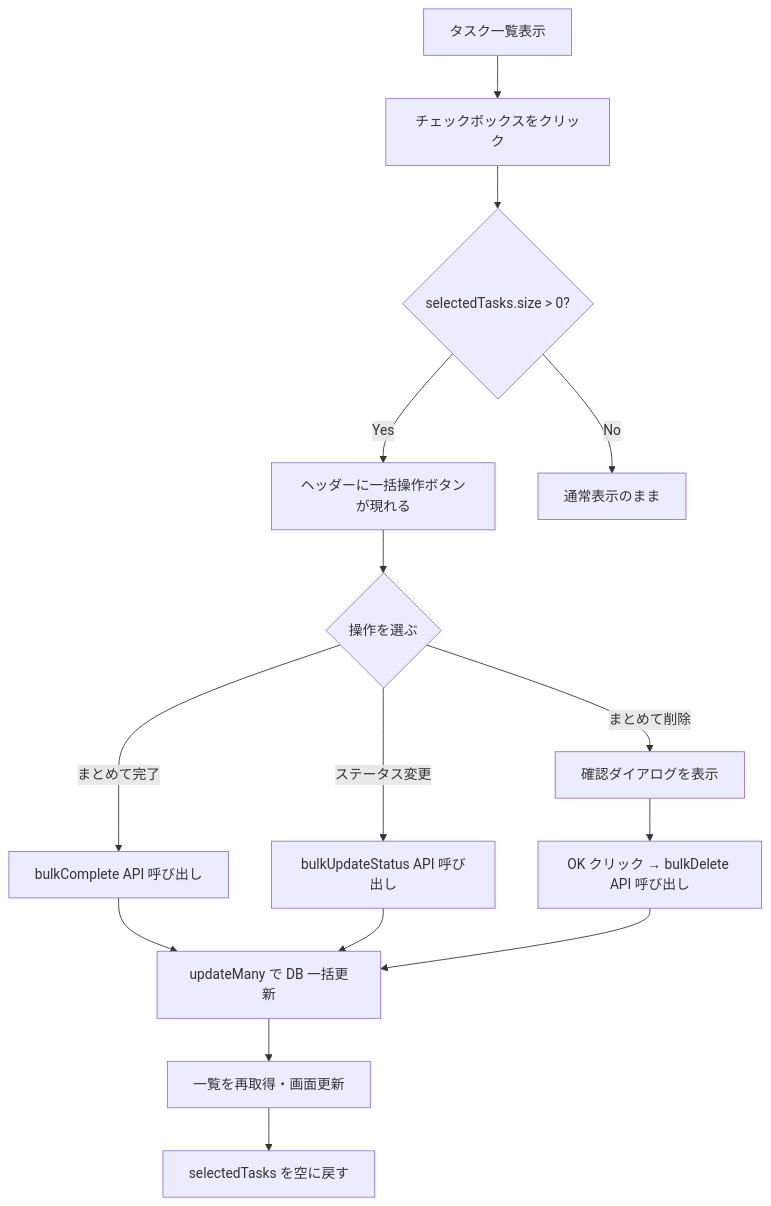
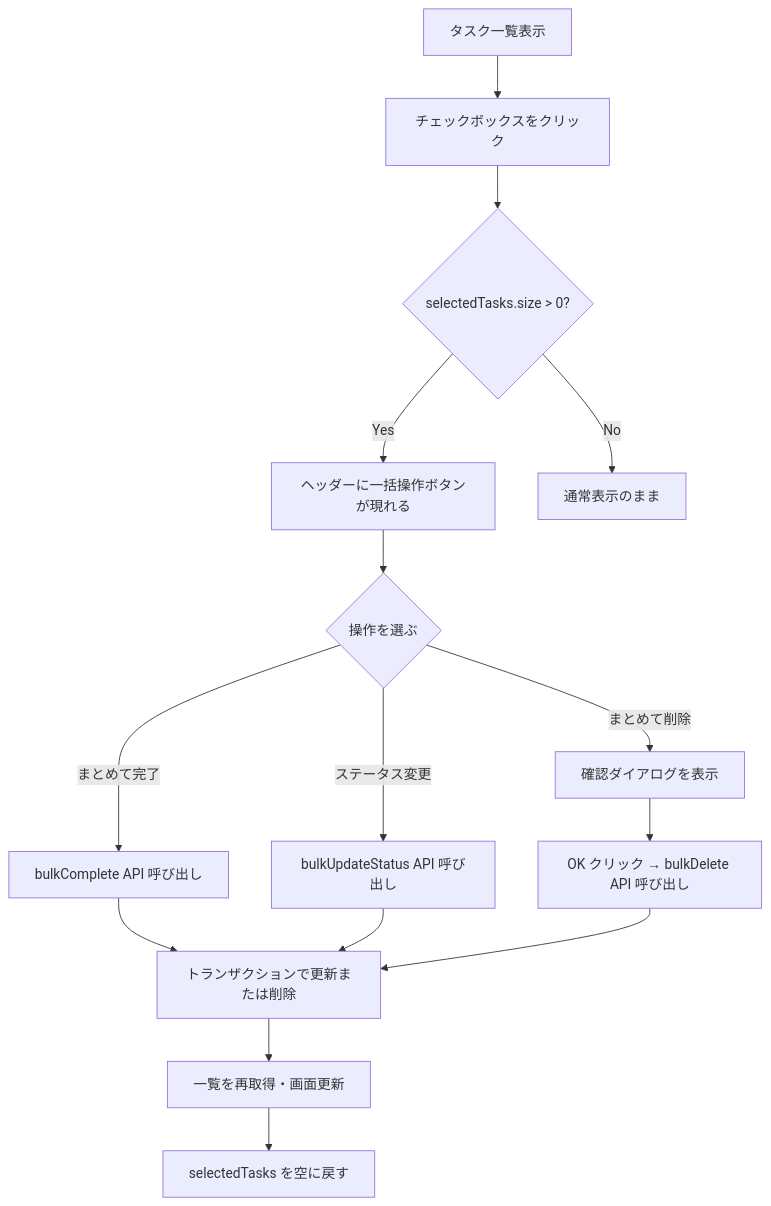
Before and after one commit to kouiso/task-app: the first of 2 diagrams in material/30days-curriculum/day28_タスク一括操作を実装しよう.md, drawn with Mermaid. The commit also changed other lines of this file and 250 other files, not shown here.

````diff
--- a/material/30days-curriculum/day28_タスク一括操作を実装しよう.md
+++ b/material/30days-curriculum/day28_タスク一括操作を実装しよう.md
@@ -56,17 +56,17 @@
 ```mermaid
 flowchart TD
     A[タスク一覧表示] --> B[チェックボックスをクリック]
     B --> C{selectedTasks.size > 0?}
     C -->|Yes| D[ヘッダーに一括操作ボタンが現れる]
     C -->|No| E[通常表示のまま]
     D --> F{操作を選ぶ}
     F -->|まとめて完了| G[bulkComplete API 呼び出し]
     F -->|ステータス変更| H[bulkUpdateStatus API 呼び出し]
     F -->|まとめて削除| I[確認ダイアログを表示]
     I --> J[OK クリック → bulkDelete API 呼び出し]
-    G --> K[updateMany で DB 一括更新]
+    G --> K[トランザクションで更新または削除]
     H --> K
     J --> K
     K --> L[一覧を再取得・画面更新]
     L --> M[selectedTasks を空に戻す]
 ```
````
